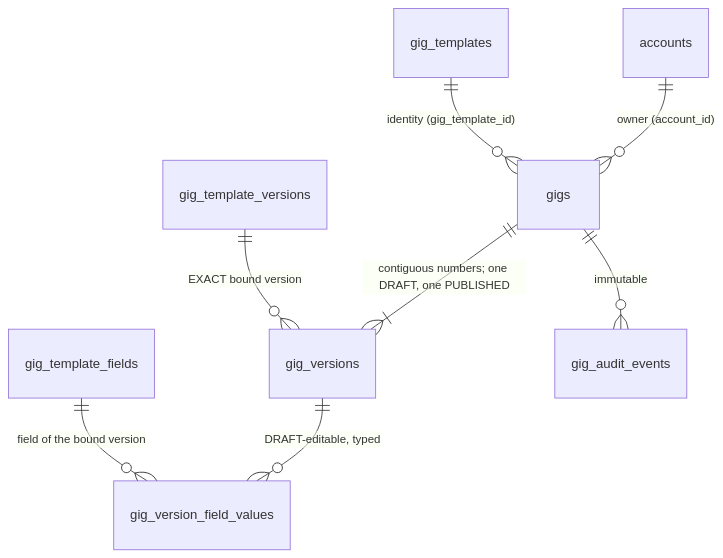
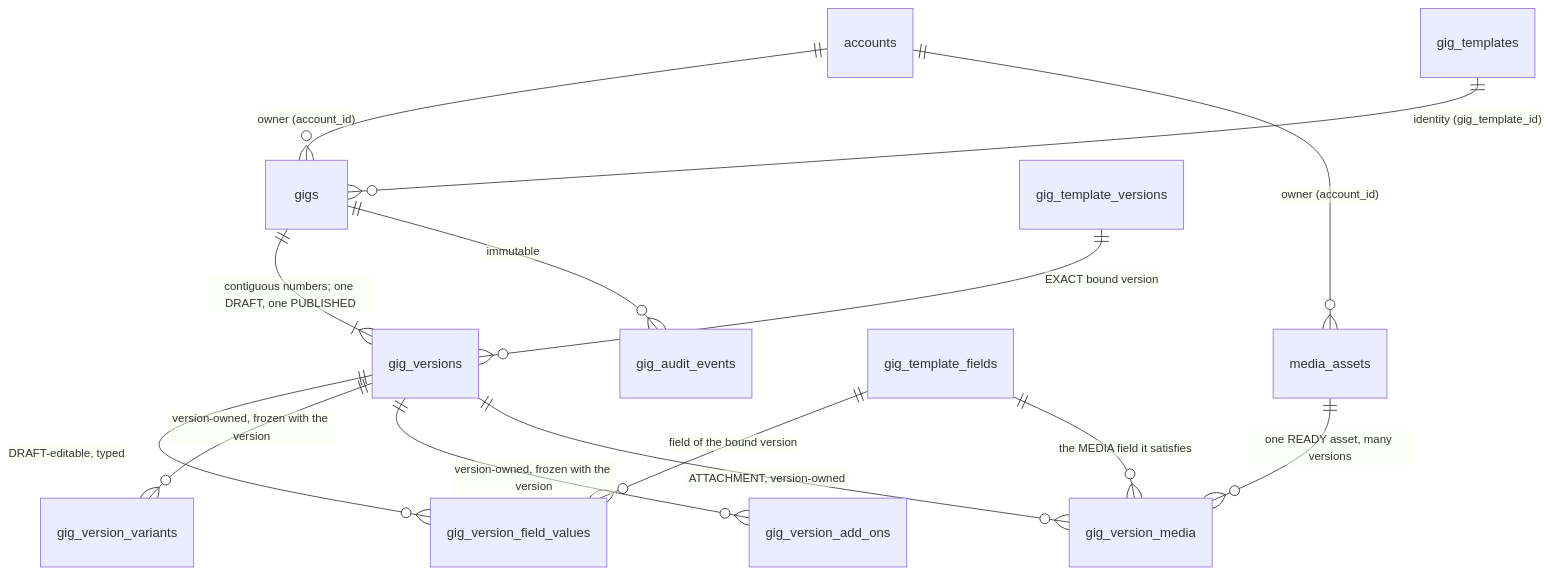
One commit to dukm20/bananagig.com changed the first of 3 diagrams in docs/engineering/PROVIDER_GIGS.md. Above: the diagram before and after it, drawn with Mermaid. The commit also changed other lines of this file and 97 other files, not shown here.

Commit message:
feat(CAT-004): add version-owned Gig variants, add-ons and private photo media with immutable assets shared by attachment, an explicit add-ons template permission, server-verified fail-closed uploads, reconciled clean-up, audit, events, API, minimal web flow and BananaDrop-ready stable keys

````diff
--- a/docs/engineering/PROVIDER_GIGS.md
+++ b/docs/engineering/PROVIDER_GIGS.md
@@ -19,10 +20,16 @@
 ```mermaid
 erDiagram
   accounts ||--o{ gigs : "owner (account_id)"
+  accounts ||--o{ media_assets : "owner (account_id)"
   gig_templates ||--o{ gigs : "identity (gig_template_id)"
   gigs ||--|{ gig_versions : "contiguous numbers; one DRAFT, one PUBLISHED"
   gig_template_versions ||--o{ gig_versions : "EXACT bound version"
   gig_versions ||--o{ gig_version_field_values : "DRAFT-editable, typed"
   gig_template_fields ||--o{ gig_version_field_values : "field of the bound version"
+  gig_versions ||--o{ gig_version_variants : "version-owned, frozen with the version"
+  gig_versions ||--o{ gig_version_add_ons : "version-owned, frozen with the version"
+  gig_versions ||--o{ gig_version_media : "ATTACHMENT, version-owned"
+  media_assets ||--o{ gig_version_media : "one READY asset, many versions"
+  gig_template_fields ||--o{ gig_version_media : "the MEDIA field it satisfies"
   gigs ||--o{ gig_audit_events : "immutable"
 ```
````
